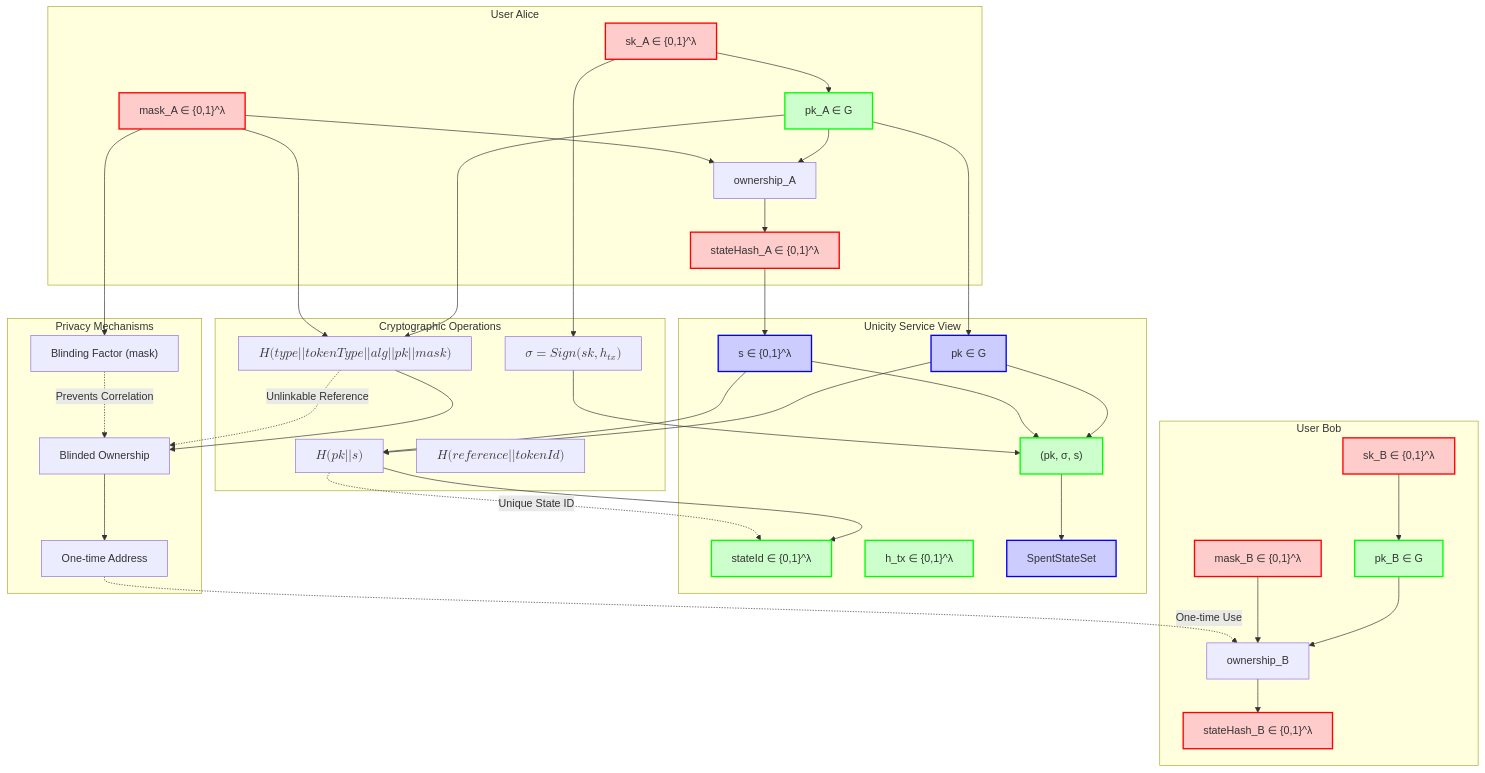
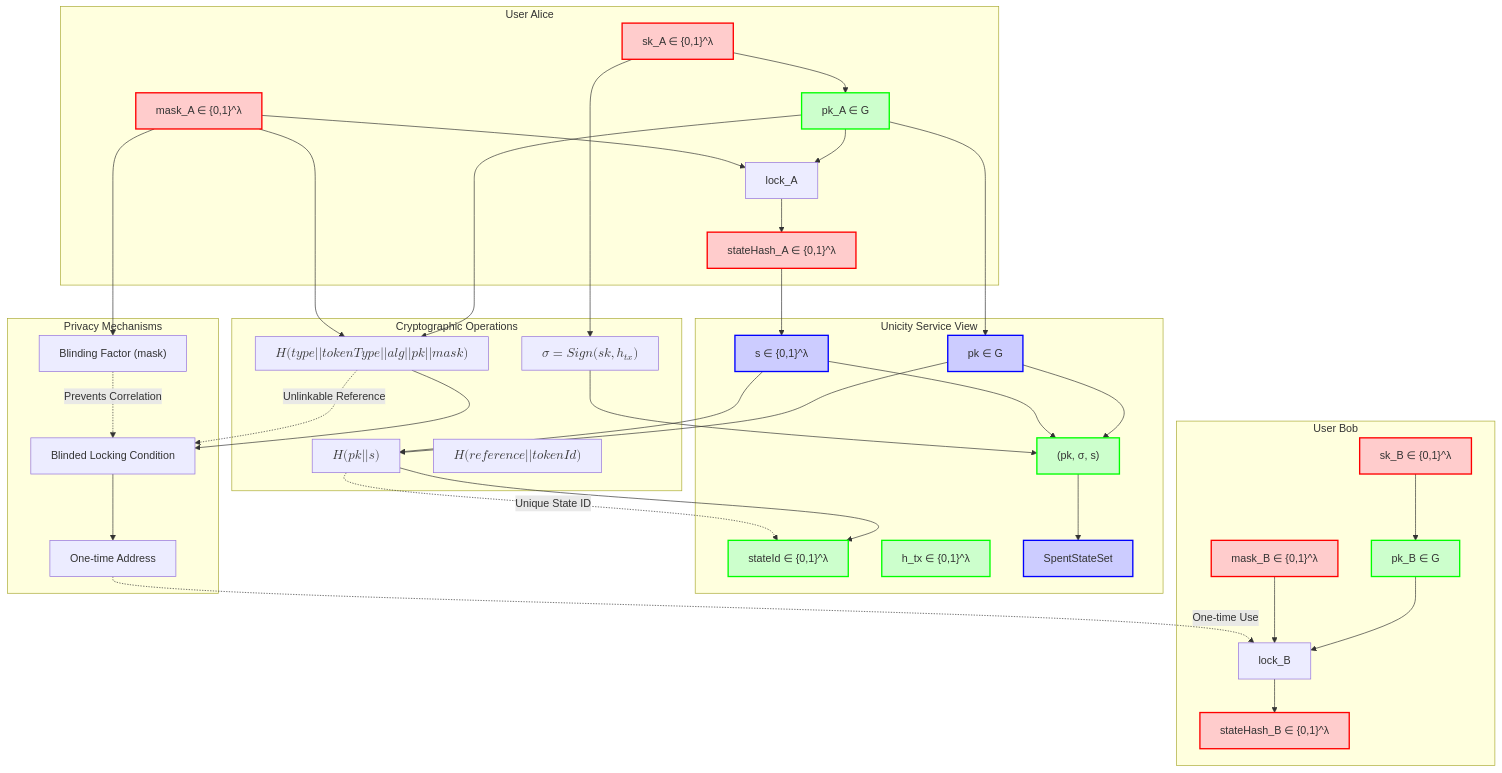
One commit to unicitynetwork/execution-model-tex changed the third of 3 diagrams in PROTOCOL_DOCUMENTATION.md. Above: the diagram before and after it, drawn with Mermaid. The commit also changed other lines of this file, not shown here.

```diff
--- a/PROTOCOL_DOCUMENTATION.md
+++ b/PROTOCOL_DOCUMENTATION.md
@@ -466,7 +469,7 @@
         AS["sk_A ∈ {0,1}^λ"]
         AN["mask_A ∈ {0,1}^λ"]
         APK["pk_A ∈ G"]
-        AP["ownership_A"]
+        AP["lock_A"]
         ATS["stateHash_A ∈ {0,1}^λ"]
     end
 
@@ -474,7 +477,7 @@
         BS["sk_B ∈ {0,1}^λ"]
         BN["mask_B ∈ {0,1}^λ"]
         BPK["pk_B ∈ G"]
-        BP["ownership_B"]
+        BP["lock_B"]
         BTS["stateHash_B ∈ {0,1}^λ"]
     end
 
@@ -488,7 +491,7 @@
     end
 
     subgraph "Privacy Mechanisms"
-        MASK["Blinded Ownership"]
+        MASK["Blinded Locking Condition"]
         ADDR["One-time Address"]
         BLIND["Blinding Factor (mask)"]
     end
@@ -513,7 +516,7 @@
     BN --> BP
     BP --> BTS
 
-    %% Constructing a blinded ownership condition
+    %% Constructing a blinded locking condition
     APK --> HASH2
     AN --> HASH2
     HASH2 --> MASK
```
